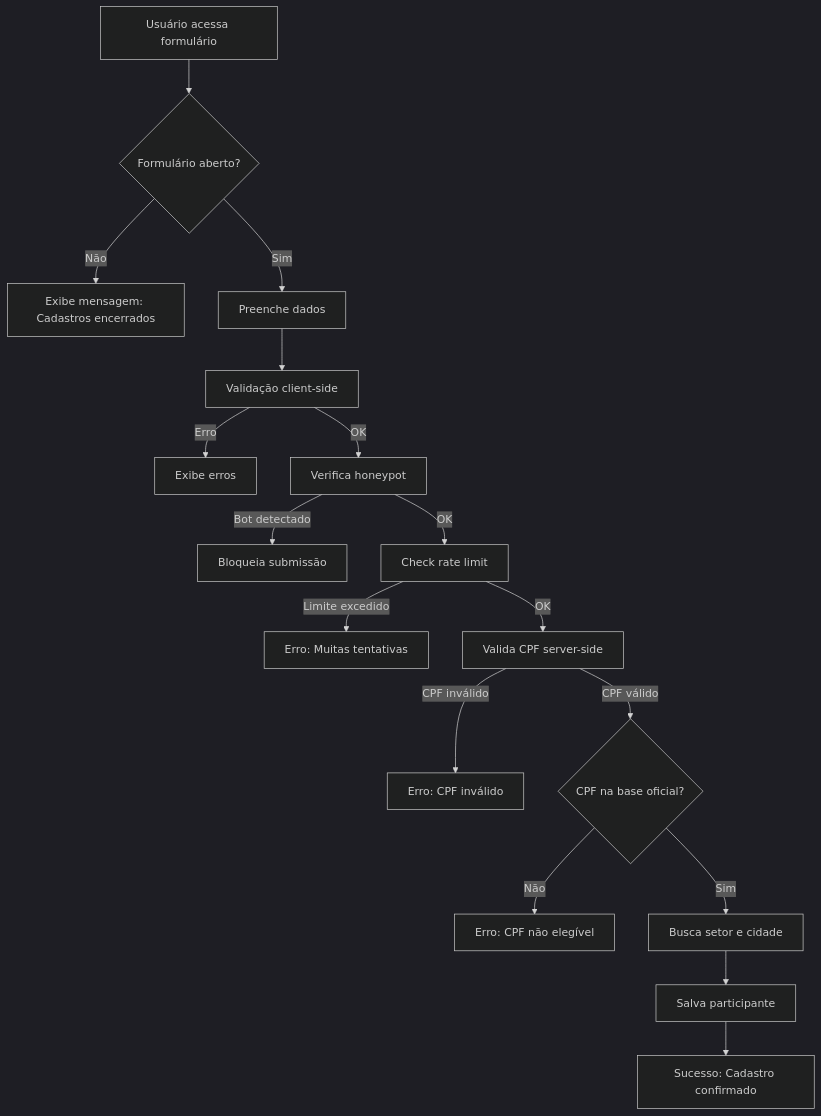
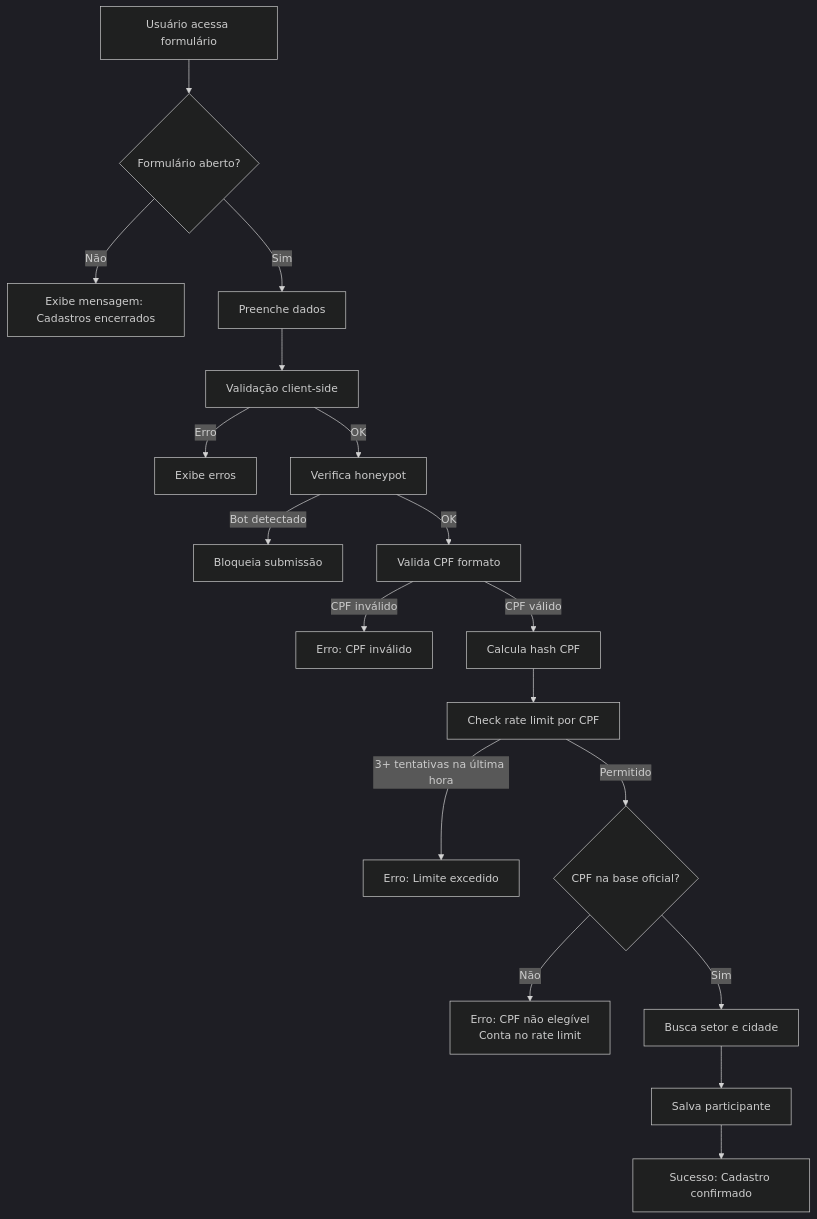
The fourth of 10 diagrams in DOCUMENTACAO_SISTEMA.md (Isaquegfs/sorteador-sempre), drawn with Mermaid (dark theme) before and after one commit. The commit also changed other lines of this file, not shown here.

````diff
--- a/DOCUMENTACAO_SISTEMA.md
+++ b/DOCUMENTACAO_SISTEMA.md
@@ -315,19 +338,20 @@
 ```mermaid
 flowchart TD
     A[Usuário acessa formulário] --> B{Formulário aberto?}
     B -->|Não| C[Exibe mensagem: Cadastros encerrados]
     B -->|Sim| D[Preenche dados]
     D --> E[Validação client-side]
     E -->|Erro| F[Exibe erros]
     E -->|OK| G[Verifica honeypot]
     G -->|Bot detectado| H[Bloqueia submissão]
-    G -->|OK| I[Check rate limit]
-    I -->|Limite excedido| J[Erro: Muitas tentativas]
-    I -->|OK| K[Valida CPF server-side]
-    K -->|CPF inválido| L[Erro: CPF inválido]
-    K -->|CPF válido| M{CPF na base oficial?}
-    M -->|Não| N[Erro: CPF não elegível]
-    M -->|Sim| O[Busca setor e cidade]
-    O --> P[Salva participante]
-    P --> Q[Sucesso: Cadastro confirmado]
+    G -->|OK| I[Valida CPF formato]
+    I -->|CPF inválido| J[Erro: CPF inválido]
+    I -->|CPF válido| K[Calcula hash CPF]
+    K --> L[Check rate limit por CPF]
+    L -->|3+ tentativas na última hora| M[Erro: Limite excedido]
+    L -->|Permitido| N{CPF na base oficial?}
+    N -->|Não| O[Erro: CPF não elegível<br/>Conta no rate limit]
+    N -->|Sim| P[Busca setor e cidade]
+    P --> Q[Salva participante]
+    Q --> R[Sucesso: Cadastro confirmado]
 ```
````
